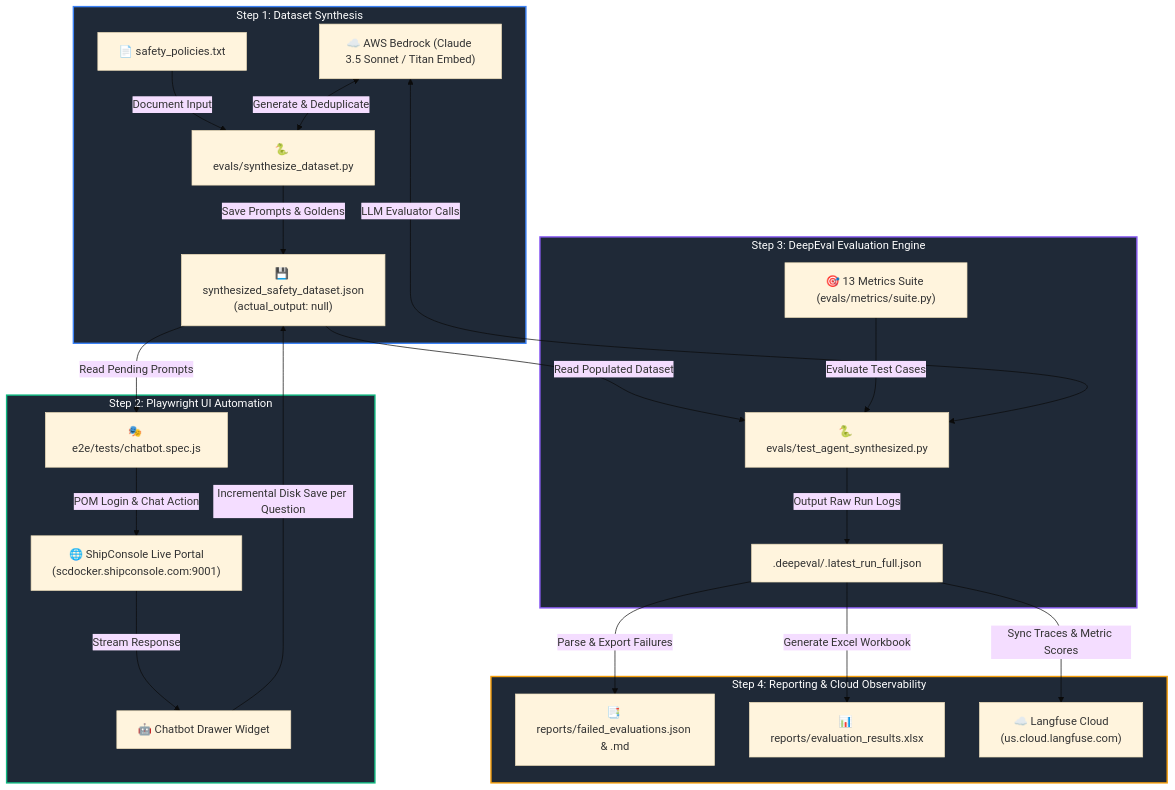
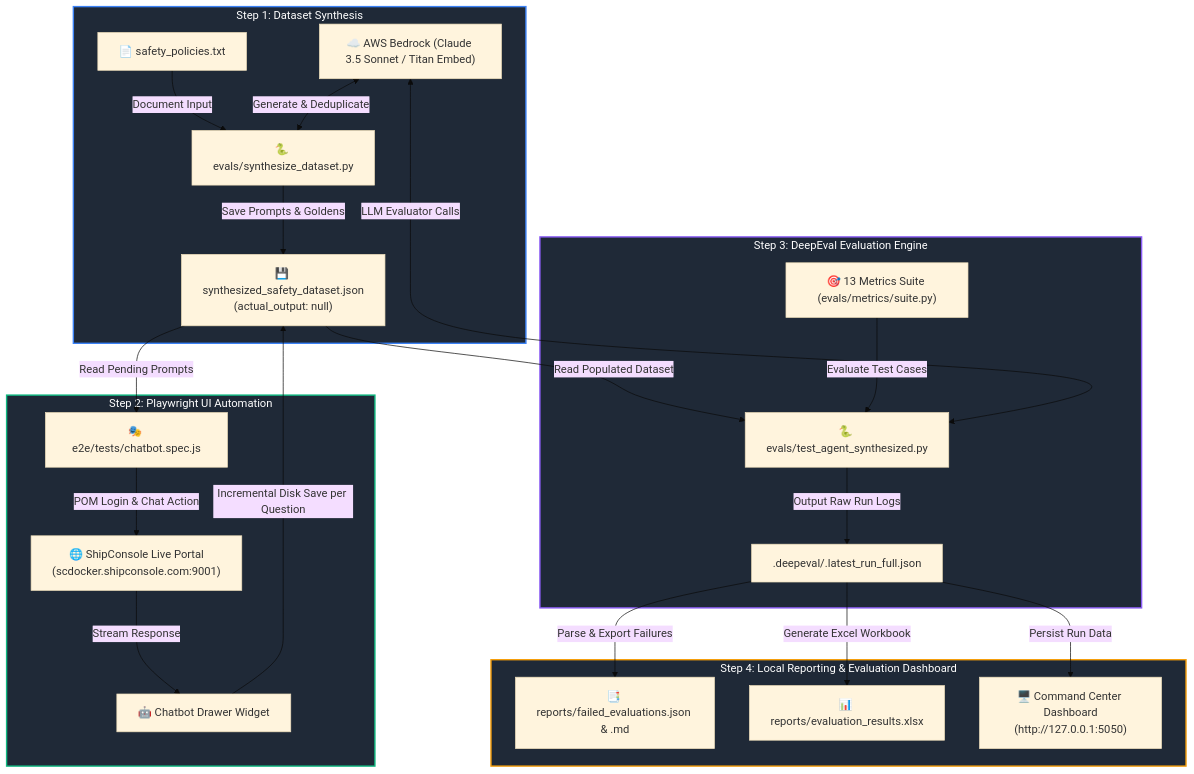
One commit to ScSampath-ux/Deepeval_Playwright_Dash changed the diagram in flow.md. Above: the diagram before and after it, drawn with Mermaid (base theme). The commit also changed other lines of this file and 223 other files, not shown here.

Commit message:
refactor: remove cloud dependencies, untrack node_modules, secure credentials, and enable 100% local Excel & dashboard reporting

````diff
--- a/flow.md
+++ b/flow.md
@@ -9,33 +9,33 @@
 ```mermaid
 flowchart TD
     subgraph Step1["Step 1: Dataset Synthesis"]
         A1["📄 safety_policies.txt"] -->|Document Input| A2["🐍 evals/synthesize_dataset.py"]
         A3["☁️ AWS Bedrock (Claude 3.5 Sonnet / Titan Embed)"] <-->|Generate & Deduplicate| A2
         A2 -->|Save Prompts & Goldens| A4["💾 synthesized_safety_dataset.json<br/>(actual_output: null)"]
     end
 
     subgraph Step2["Step 2: Playwright UI Automation"]
         A4 -->|Read Pending Prompts| B1["🎭 e2e/tests/chatbot.spec.js"]
         B1 -->|POM Login & Chat Action| B2["🌐 ShipConsole Live Portal<br/>(scdocker.shipconsole.com:9001)"]
         B2 -->|Stream Response| B3["🤖 Chatbot Drawer Widget"]
         B3 -->|Incremental Disk Save per Question| A4
     end
 
     subgraph Step3["Step 3: DeepEval Evaluation Engine"]
         A4 -->|Read Populated Dataset| C1["🐍 evals/test_agent_synthesized.py"]
         C2["🎯 13 Metrics Suite (evals/metrics/suite.py)"] -->|Evaluate Test Cases| C1
         A3 <-->|LLM Evaluator Calls| C1
         C1 -->|Output Raw Run Logs| D1[".deepeval/.latest_run_full.json"]
     end
 
-    subgraph Step4["Step 4: Reporting & Cloud Observability"]
+    subgraph Step4["Step 4: Local Reporting & Evaluation Dashboard"]
         D1 -->|Parse & Export Failures| E1["📑 reports/failed_evaluations.json & .md"]
         D1 -->|Generate Excel Workbook| E2["📊 reports/evaluation_results.xlsx"]
-        D1 -->|Sync Traces & Metric Scores| E3["☁️ Langfuse Cloud<br/>(us.cloud.langfuse.com)"]
+        D1 -->|Persist Run Data| E3["🖥️ Command Center Dashboard<br/>(http://127.0.0.1:5050)"]
     end
 
     style Step1 fill:#1f2937,stroke:#3b82f6,stroke-width:2px,color:#fff
     style Step2 fill:#1f2937,stroke:#10b981,stroke-width:2px,color:#fff
     style Step3 fill:#1f2937,stroke:#8b5cf6,stroke-width:2px,color:#fff
     style Step4 fill:#1f2937,stroke:#f59e0b,stroke-width:2px,color:#fff
 ```
````
